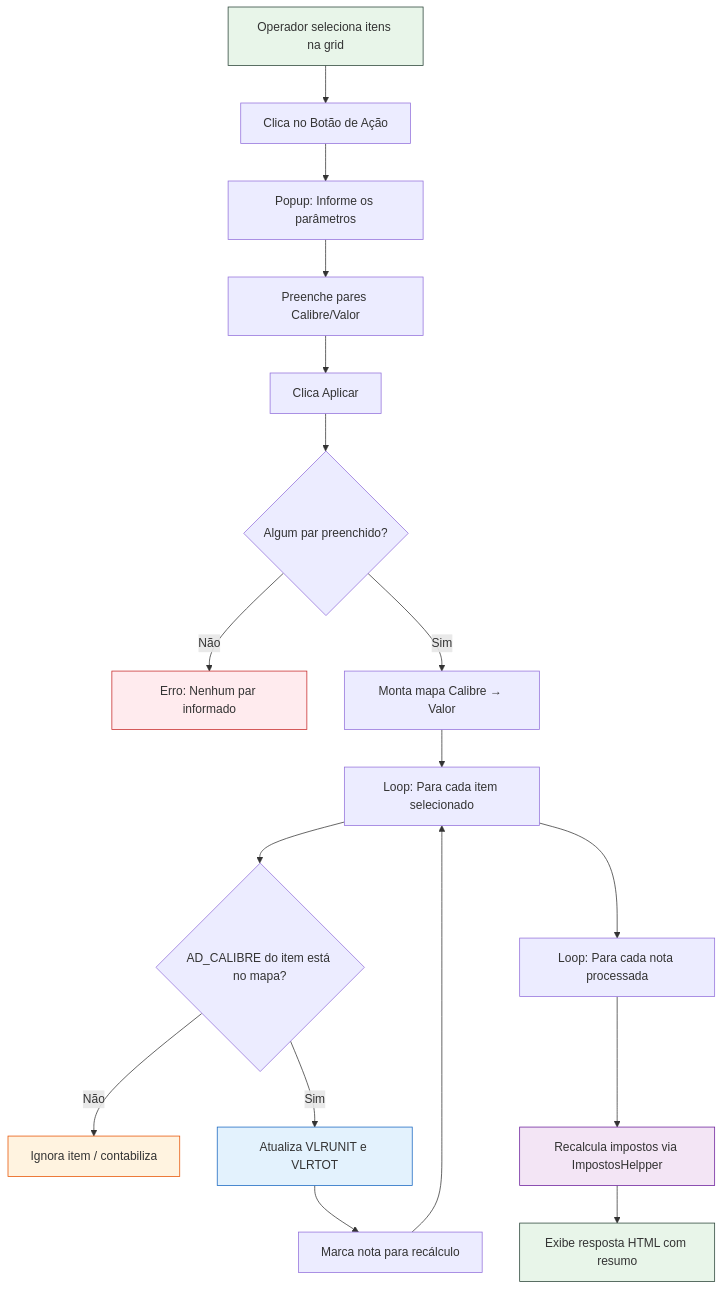
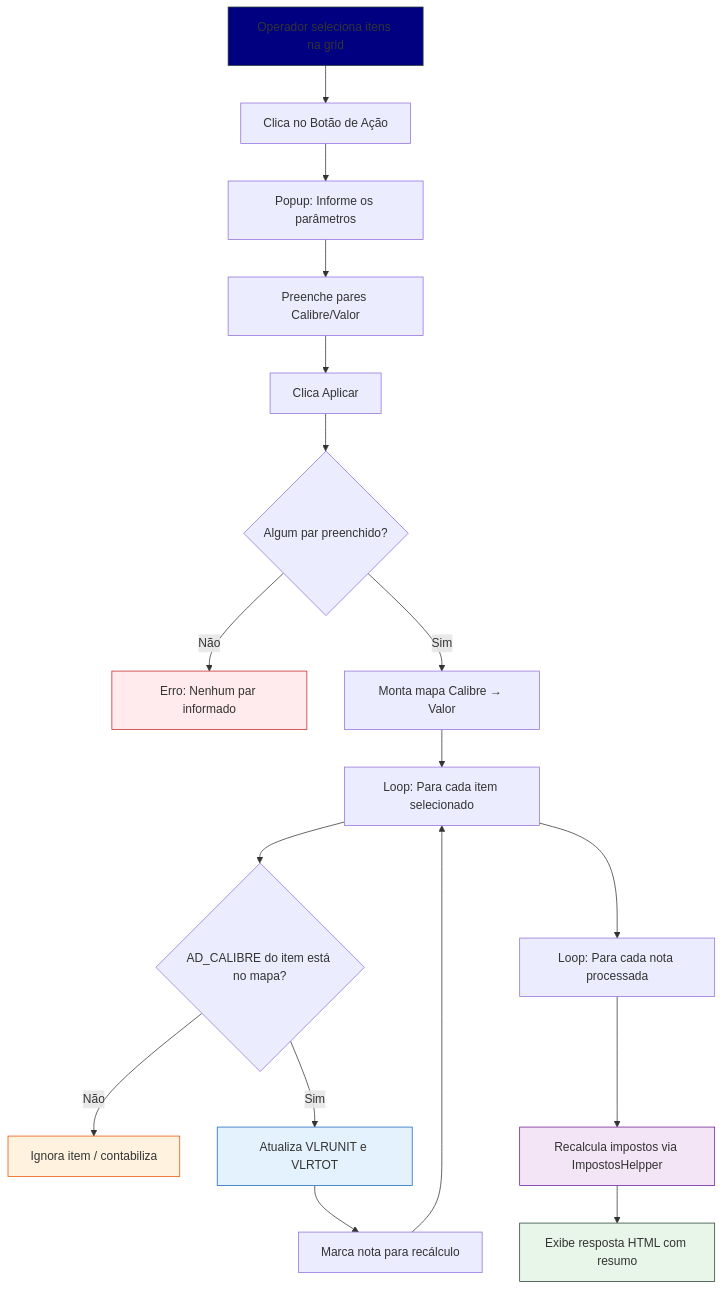
The diagram in README.md (GrupoArgoFruta/BA-ATUALIZAR-CALIBRE-VLRUNITARIO), drawn with Mermaid before and after one commit.

Commit message:
docs(EB-XX): README.D inicial do botão de açÃão para atualizar o valor unitario baseado no calibres digitados

````diff
--- a/README.md
+++ b/README.md
@@ -126,26 +126,26 @@
 ```mermaid
 flowchart TD
     A[Operador seleciona itens na grid] --> B[Clica no Botão de Ação]
     B --> C[Popup: Informe os parâmetros]
     C --> D[Preenche pares Calibre/Valor]
     D --> E[Clica Aplicar]
     E --> F{Algum par preenchido?}
     F -- Não --> G[Erro: Nenhum par informado]
     F -- Sim --> H[Monta mapa Calibre → Valor]
     H --> I[Loop: Para cada item selecionado]
     I --> J{AD_CALIBRE do item está no mapa?}
     J -- Não --> K[Ignora item / contabiliza]
     J -- Sim --> L[Atualiza VLRUNIT e VLRTOT]
     L --> M[Marca nota para recálculo]
     M --> I
     I --> N[Loop: Para cada nota processada]
     N --> O[Recalcula impostos via ImpostosHelpper]
     O --> P[Exibe resposta HTML com resumo]
 
-    style A fill:#e8f5e9,stroke:#274135
+    style A fill:#000080,stroke:#274135
     style P fill:#e8f5e9,stroke:#274135
     style G fill:#ffebee,stroke:#c62828
     style K fill:#fff3e0,stroke:#e65100
     style L fill:#e3f2fd,stroke:#1565c0
     style O fill:#f3e5f5,stroke:#6a1b9a
 ```
````
